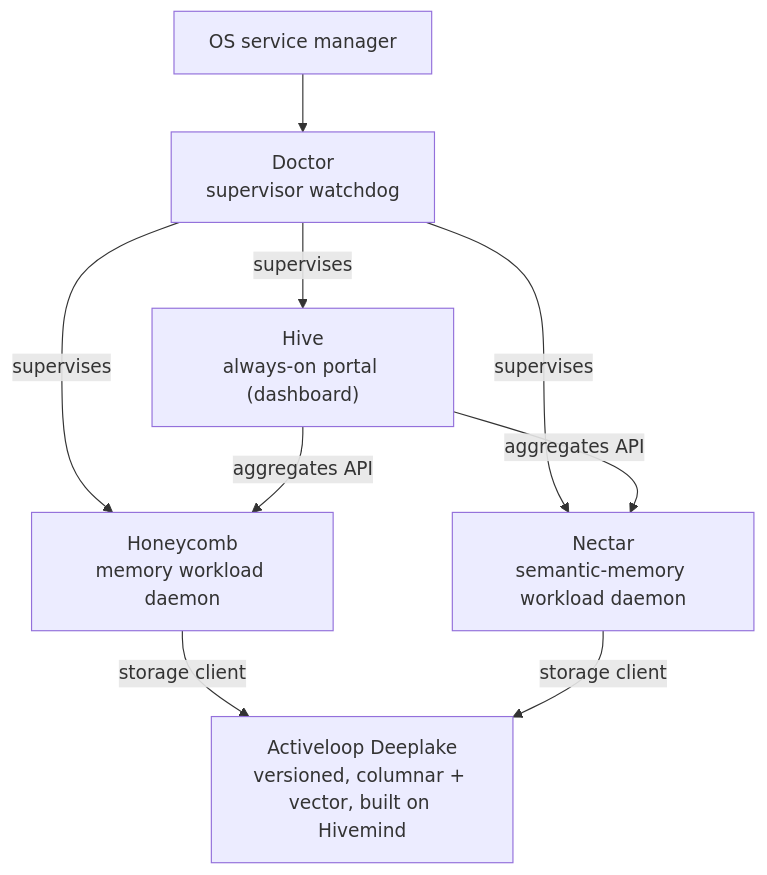
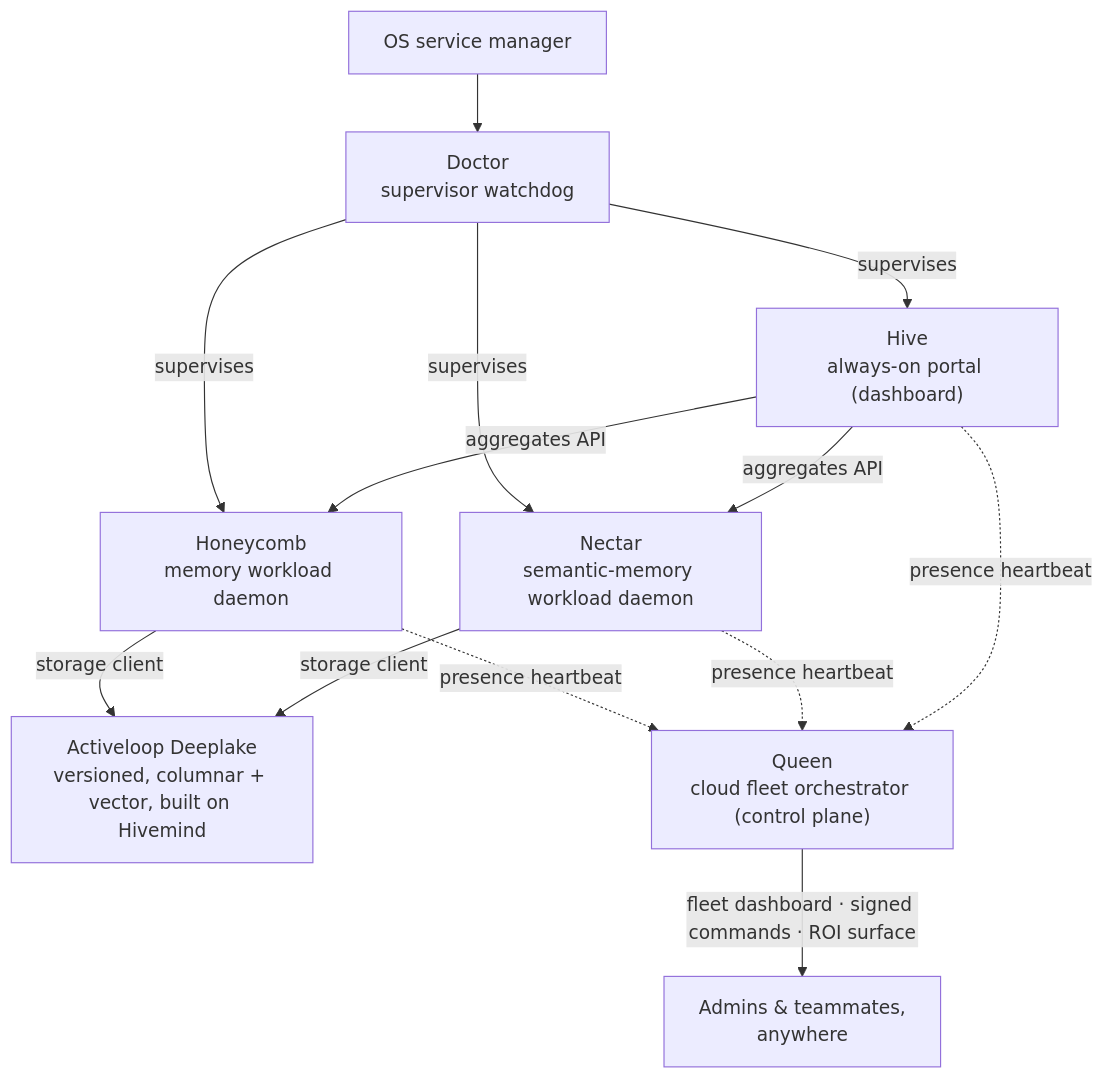
The diagram in README.md (legioncodeinc/the-apiary), drawn with Mermaid before and after one commit. The commit also changed other lines of this file, not shown here.

Commit message:
chore: update submodule pointers for honeycomb, nectar, and queen to latest commits; refine README to include queen project details

````diff
--- a/README.md
+++ b/README.md
@@ -54,11 +55,15 @@
 ```mermaid
 flowchart TD
     os["OS service manager"] --> doctor["Doctor<br/>supervisor watchdog"]
     doctor -->|supervises| hive["Hive<br/>always-on portal (dashboard)"]
     doctor -->|supervises| comb["Honeycomb<br/>memory workload daemon"]
     doctor -->|supervises| nectar["Nectar<br/>semantic-memory workload daemon"]
     hive -->|aggregates API| comb
     hive -->|aggregates API| nectar
     comb -->|storage client| deeplake["Activeloop Deeplake<br/>versioned, columnar + vector, built on Hivemind"]
     nectar -->|storage client| deeplake
+    comb -.presence heartbeat.-> queen["Queen<br/>cloud fleet orchestrator (control plane)"]
+    nectar -.presence heartbeat.-> queen
+    hive -.presence heartbeat.-> queen
+    queen -->|fleet dashboard · signed commands · ROI surface| admins["Admins & teammates,<br/>anywhere"]
 ```
````
